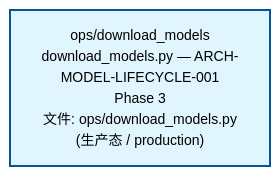
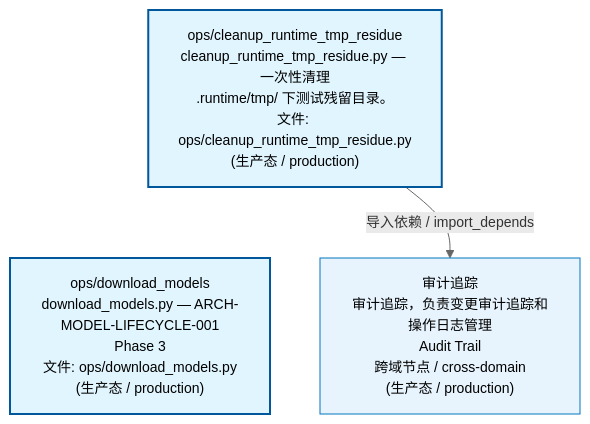
One commit to xuanFelixVan/ZephyrAlpha changed the first of 3 diagrams in docs/02_enterprise_architecture/02_domain_architecture_docs/04_d_infra_ops.md. Above: the diagram before and after it, drawn with Mermaid. The commit also changed other lines of this file and 55 other files, not shown here.

````diff
--- a/docs/02_enterprise_architecture/02_domain_architecture_docs/04_d_infra_ops.md
+++ b/docs/02_enterprise_architecture/02_domain_architecture_docs/04_d_infra_ops.md
@@ -53,10 +53,15 @@
 ```mermaid
 %%{init: {'theme': 'base', 'themeVariables': {'primaryColor': '#eaeaea', 'primaryTextColor': '#333333', 'primaryBorderColor': '#666666', 'lineColor': '#666666', 'secondaryColor': '#eaeaea', 'tertiaryColor': '#eaeaea', 'fontSize': '14px'}}}%%
 flowchart TD
+    scripts_ops_cleanup_runtime_tmp_residue_py["ops/cleanup_runtime_tmp_residue<br/>cleanup_runtime_tmp_residue.py — 一次性清理<br/>.runtime/tmp/ 下测试残留目录。<br/>文件: ops/cleanup_runtime_tmp_residue.py<br/>(生产态 / production)"]
     scripts_ops_download_models_py["ops/download_models<br/>download_models.py — ARCH-MODEL-LIFECYCLE-001<br/>Phase 3<br/>文件: ops/download_models.py<br/>(生产态 / production)"]
+    scripts_ops_cleanup_runtime_tmp_residue_py ~~~ scripts_ops_download_models_py
+    D_GOV_AUDIT["审计追踪<br/>审计追踪，负责变更审计追踪和操作日志管理<br/>Audit Trail<br/>跨域节点 / cross-domain<br/>(生产态 / production)"]
+    scripts_ops_cleanup_runtime_tmp_residue_py -->|导入依赖 / import_depends| D_GOV_AUDIT
     classDef production fill:#e1f5fe,stroke:#01579b,stroke-width:2px,color:#000
     classDef design fill:#fff3e0,stroke:#e65100,stroke-width:2px,color:#000,stroke-dasharray: 5 5
     classDef external_prod fill:#e8f4fd,stroke:#0277bd,stroke-width:1px,color:#000
     classDef external_design fill:#fff8e7,stroke:#ef6c00,stroke-width:1px,color:#000,stroke-dasharray: 5 5
-    class scripts_ops_download_models_py production
+    class scripts_ops_cleanup_runtime_tmp_residue_py,scripts_ops_download_models_py production
+    class D_GOV_AUDIT external_prod
 ```
````
